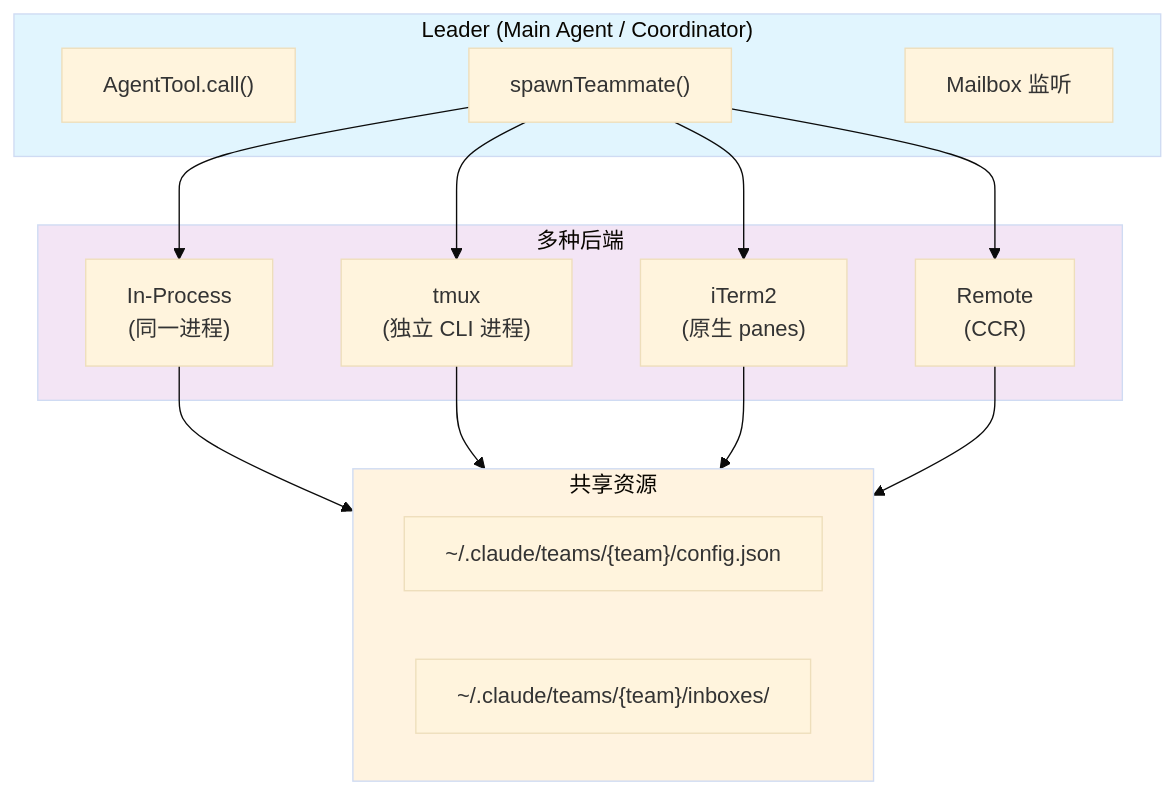
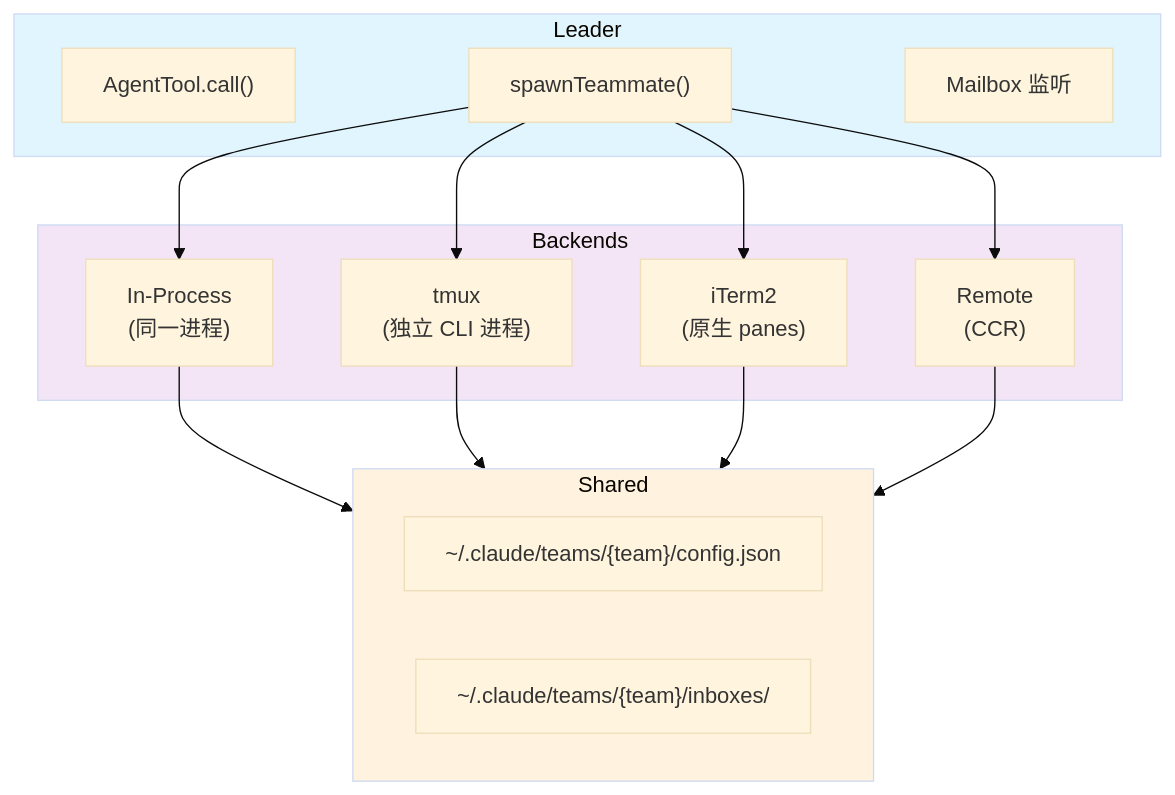
Before and after one commit to platootalp/harness-code: diagram 12 of 15 in harness/docs/deep/AGENT-SYSTEM.md, drawn with Mermaid (base theme). The commit also changed other lines of this file and 8 other files, not shown here.

First line of the commit message:
docs: review and fix docs/deep/ accuracy and mermaid rendering

````diff
--- a/harness/docs/deep/AGENT-SYSTEM.md
+++ b/harness/docs/deep/AGENT-SYSTEM.md
@@ -783,33 +784,33 @@
 ```mermaid
 flowchart TD
-    subgraph Leader["Leader (Main Agent / Coordinator)"]
+    subgraph Leader
         L1["AgentTool.call()"]
         L2["spawnTeammate()"]
         L3["Mailbox 监听"]
     end
 
-    subgraph Backends["多种后端"]
+    subgraph Backends
         BE1["In-Process<br/>(同一进程)"]
         BE2["tmux<br/>(独立 CLI 进程)"]
         BE3["iTerm2<br/>(原生 panes)"]
         BE4["Remote<br/>(CCR)"]
     end
 
-    subgraph Shared["共享资源"]
+    subgraph Shared
         TeamFile["~/.claude/teams/{team}/config.json"]
         Mailboxes["~/.claude/teams/{team}/inboxes/"]
     end
 
     L2 --> BE1
     L2 --> BE2
     L2 --> BE3
     L2 --> BE4
     BE1 --> Shared
     BE2 --> Shared
     BE3 --> Shared
     BE4 --> Shared
 
     style Leader fill:#e1f5fe
     style Backends fill:#f3e5f5
     style Shared fill:#fff3e0
 ```
````
